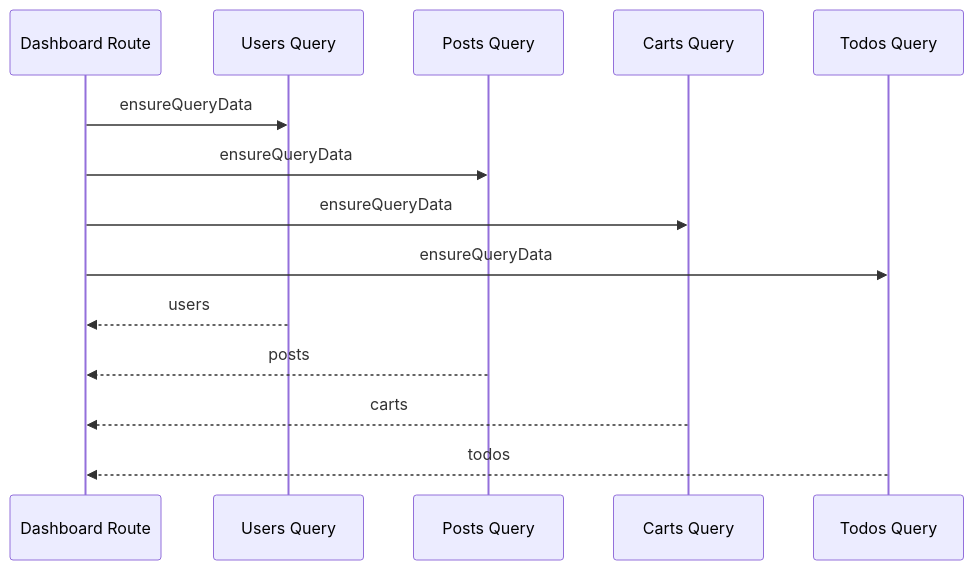
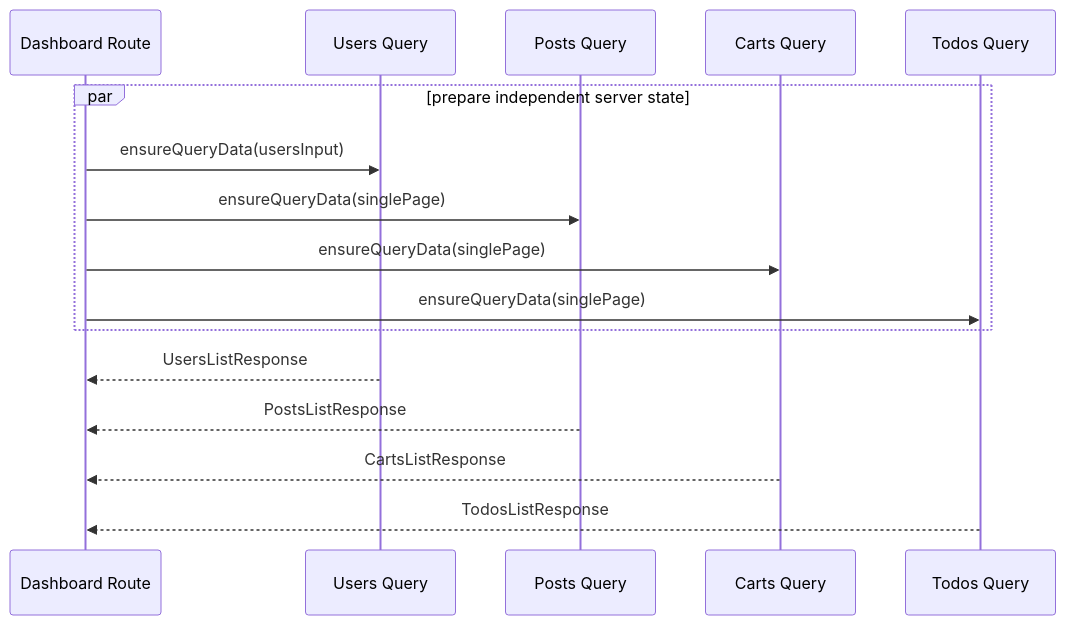
Before and after one commit to thehermitdev/dummyjson-example: the second of 2 diagrams in docs/05.dashboard.md, drawn with Mermaid. The commit also changed other lines of this file, not shown here.

Commit message:
docs: reconcile dashboard roadmap with project

````diff
--- a/docs/05.dashboard.md
+++ b/docs/05.dashboard.md
@@ -190,17 +237,19 @@
 ```mermaid
 sequenceDiagram
     participant R as Dashboard Route
     participant U as Users Query
     participant P as Posts Query
     participant C as Carts Query
     participant T as Todos Query
 
-    R->>U: ensureQueryData
-    R->>P: ensureQueryData
-    R->>C: ensureQueryData
-    R->>T: ensureQueryData
-    U-->>R: users
-    P-->>R: posts
-    C-->>R: carts
-    T-->>R: todos
+    par prepare independent server state
+      R->>U: ensureQueryData(usersInput)
+      R->>P: ensureQueryData(singlePage)
+      R->>C: ensureQueryData(singlePage)
+      R->>T: ensureQueryData(singlePage)
+    end
+    U-->>R: UsersListResponse
+    P-->>R: PostsListResponse
+    C-->>R: CartsListResponse
+    T-->>R: TodosListResponse
 ```
````
